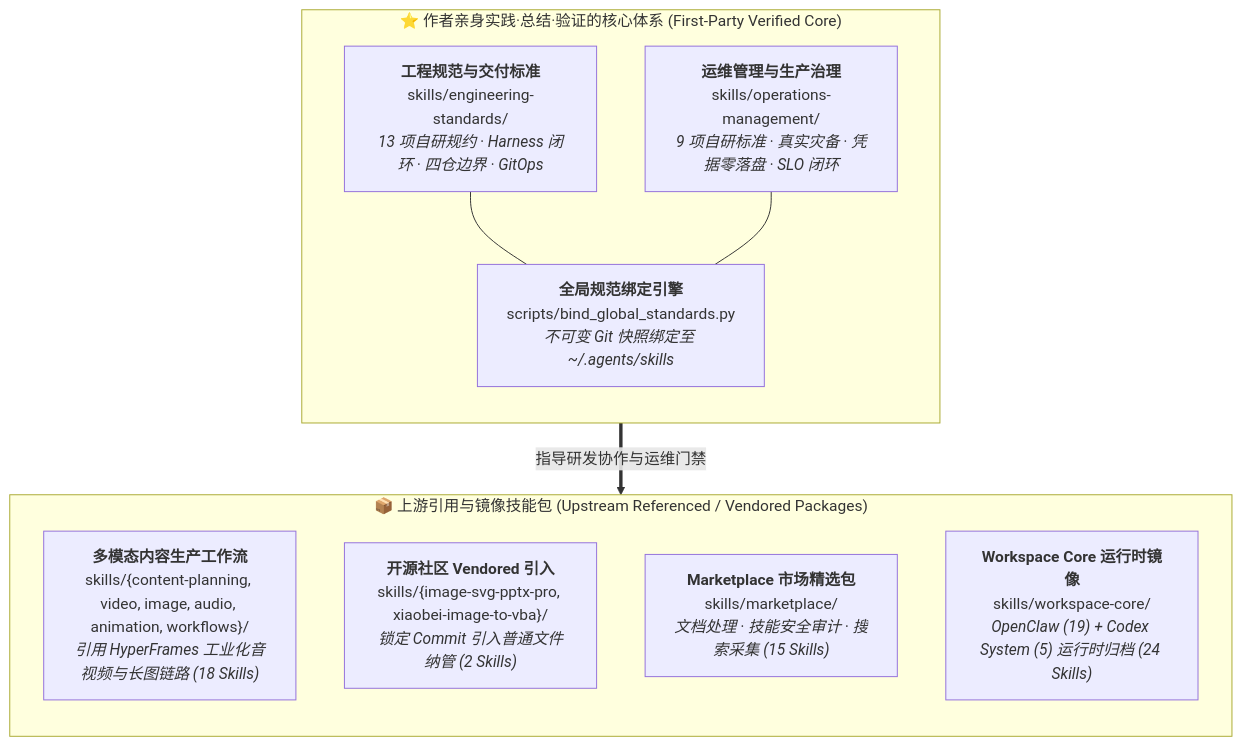
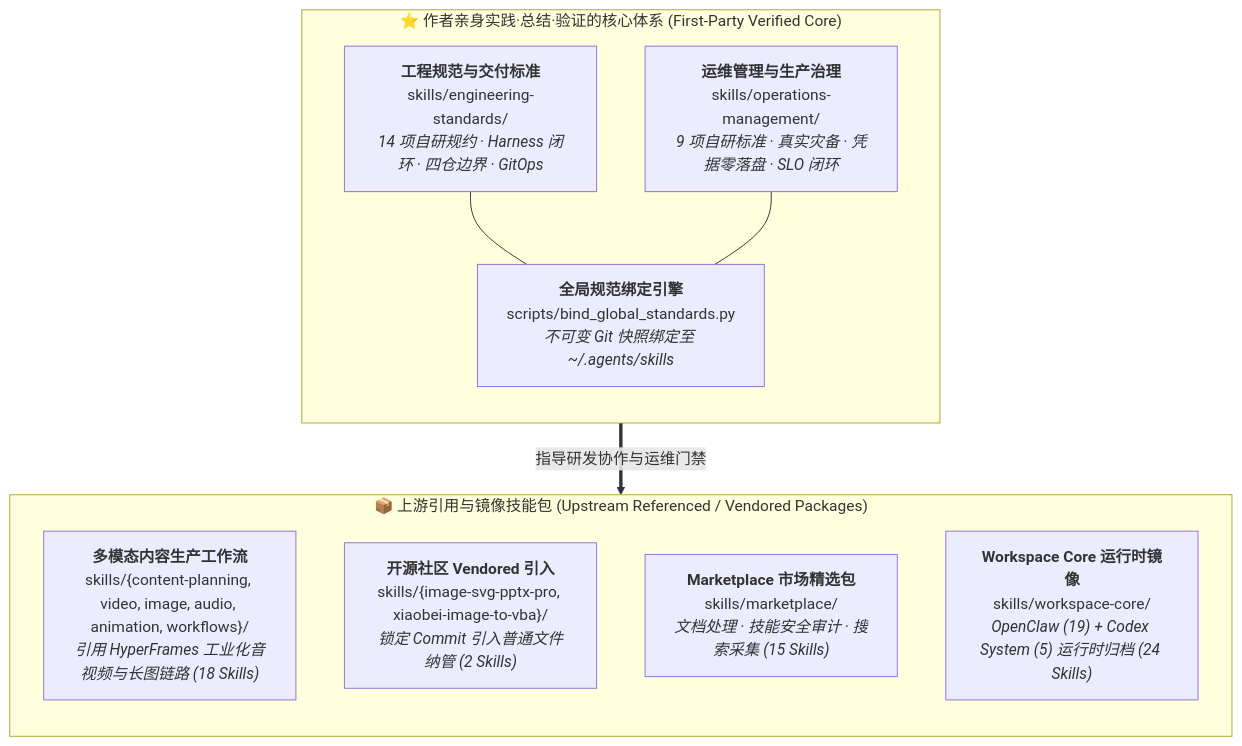
The diagram in README.md (ai-workspace-lab/xworkspace-core-skills), drawn with Mermaid before and after one commit. The commit also changed other lines of this file and 15 other files, not shown here.

````diff
--- a/README.md
+++ b/README.md
@@ -24,21 +24,21 @@
 ```mermaid
 flowchart TD
     subgraph Core["⭐ 作者亲身实践·总结·验证的核心体系 (First-Party Verified Core)"]
         direction TB
-        ENG["<b>工程规范与交付标准</b><br/>skills/engineering-standards/<br/><i>13 项自研规约 · Harness 闭环 · 四仓边界 · GitOps</i>"]
+        ENG["<b>工程规范与交付标准</b><br/>skills/engineering-standards/<br/><i>14 项自研规约 · Harness 闭环 · 四仓边界 · GitOps</i>"]
         OPS["<b>运维管理与生产治理</b><br/>skills/operations-management/<br/><i>9 项自研标准 · 真实灾备 · 凭据零落盘 · SLO 闭环</i>"]
         TOOL["<b>全局规范绑定引擎</b><br/>scripts/bind_global_standards.py<br/><i>不可变 Git 快照绑定至 ~/.agents/skills</i>"]
         ENG --- TOOL
         OPS --- TOOL
     end
 
     subgraph Upstream["📦 上游引用与镜像技能包 (Upstream Referenced / Vendored Packages)"]
         direction TB
         CONTENT["<b>多模态内容生产工作流</b><br/>skills/{content-planning, video, image, audio, animation, workflows}/<br/><i>引用 HyperFrames 工业化音视频与长图链路 (18 Skills)</i>"]
         VENDORED["<b>开源社区 Vendored 引入</b><br/>skills/{image-svg-pptx-pro, xiaobei-image-to-vba}/<br/><i>锁定 Commit 引入普通文件纳管 (2 Skills)</i>"]
         MARKET["<b>Marketplace 市场精选包</b><br/>skills/marketplace/<br/><i>文档处理 · 技能安全审计 · 搜索采集 (15 Skills)</i>"]
         RUNTIME["<b>Workspace Core 运行时镜像</b><br/>skills/workspace-core/<br/><i>OpenClaw (19) + Codex System (5) 运行时归档 (24 Skills)</i>"]
     end
 
     Core ==>|指导研发协作与运维门禁| Upstream
 ```
````
